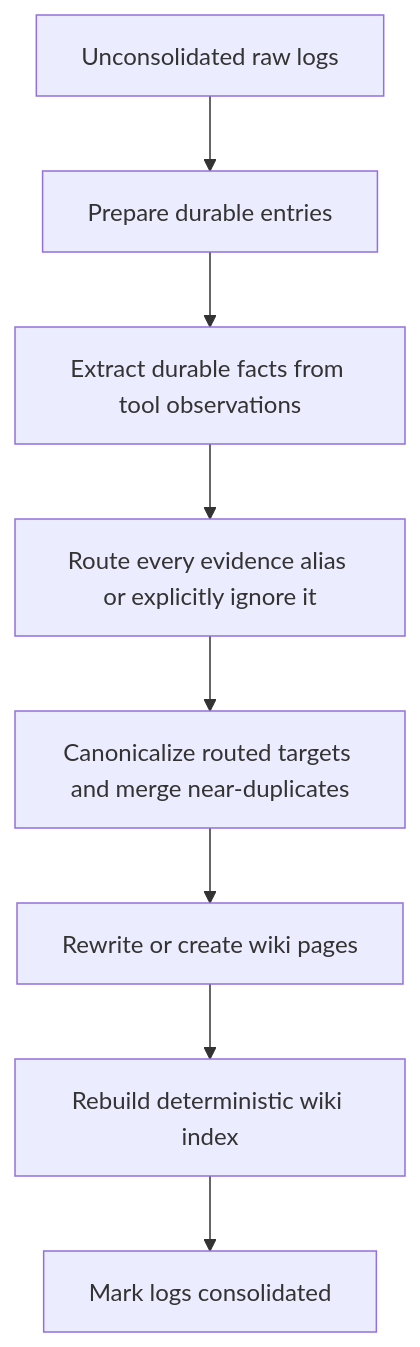
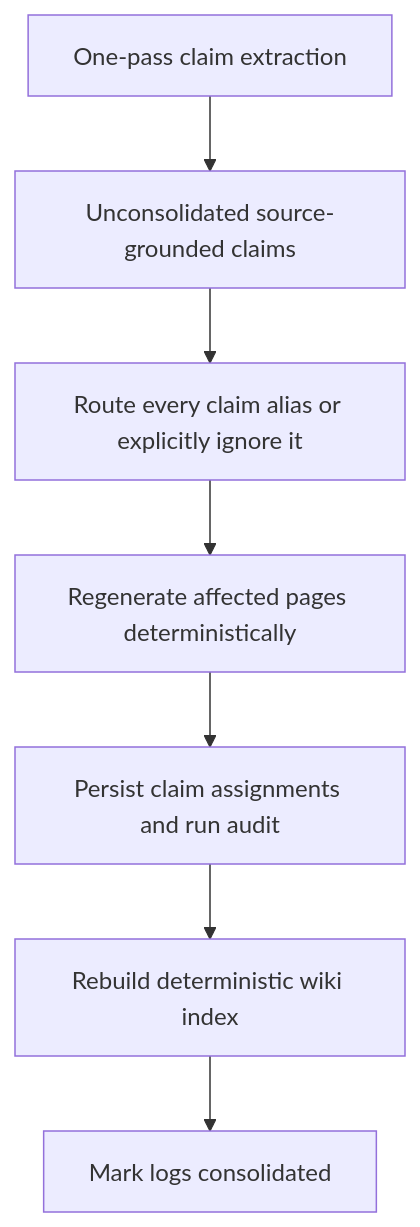
The diagram in README.md (nsadras/mycelium), drawn with Mermaid before and after one commit. The commit also changed other lines of this file and 31 other files, not shown here.

````diff
--- a/README.md
+++ b/README.md
@@ -431,10 +431,9 @@
 ```mermaid
 flowchart TD
-    A[Unconsolidated raw logs] --> B[Prepare durable entries]
-    B --> C[Extract durable facts from tool observations]
-    C --> D[Route every evidence alias or explicitly ignore it]
-    D --> E[Canonicalize routed targets and merge near-duplicates]
-    E --> F[Rewrite or create wiki pages]
-    F --> G[Rebuild deterministic wiki index]
-    G --> H[Mark logs consolidated]
+    A[One-pass claim extraction] --> B[Unconsolidated source-grounded claims]
+    B --> C[Route every claim alias or explicitly ignore it]
+    C --> D[Regenerate affected pages deterministically]
+    D --> E[Persist claim assignments and run audit]
+    E --> F[Rebuild deterministic wiki index]
+    F --> G[Mark logs consolidated]
 ```
````
